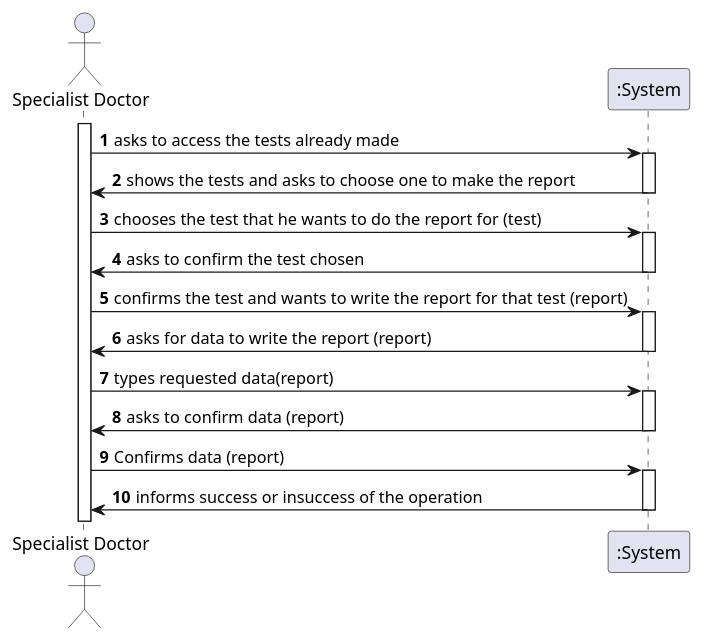
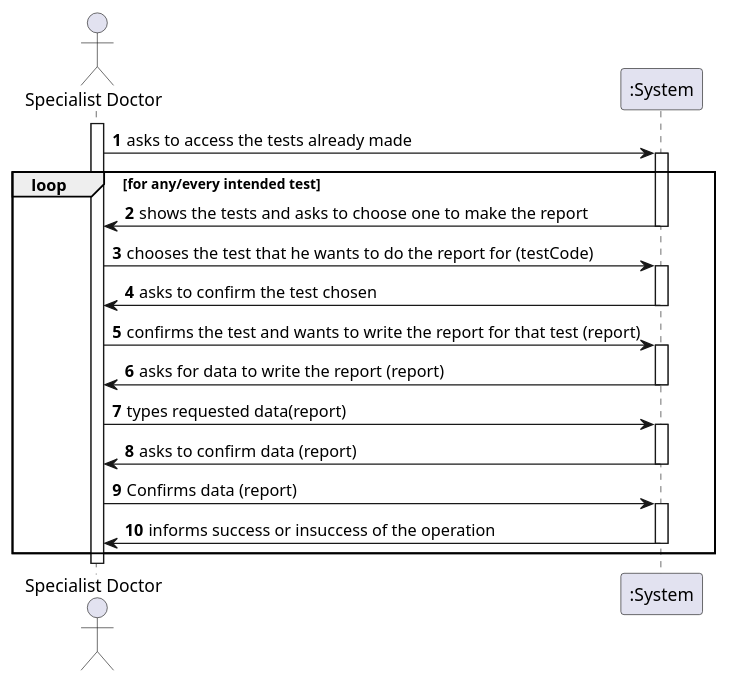
Before and after one commit to jsmarques98/LAPR2-ISEP: the diagram in docs/SprintC/US14/US14_SSD.puml, drawn with PlantUML. The commit also changed 32 other files, not shown here.

```diff
--- a/docs/SprintC/US14/US14_SSD.puml
+++ b/docs/SprintC/US14/US14_SSD.puml
@@ -1,40 +1,42 @@
 @startuml
 'https://plantuml.com/sequence-diagram
 
 autonumber
 
 actor  "Specialist Doctor" as Spec
 
 participant ":System" as System
 
 activate Spec
 Spec -> System: asks to access the tests already made
 
+loop for any/every intended test
 activate System
 System -> Spec: shows the tests and asks to choose one to make the report
 deactivate System
 
-Spec -> System: chooses the test that he wants to do the report for (test)
+Spec -> System: chooses the test that he wants to do the report for (testCode)
 
 activate System
 System -> Spec: asks to confirm the test chosen
 deactivate System
 
 Spec -> System: confirms the test and wants to write the report for that test (report)
 
 activate System
 System -> Spec: asks for data to write the report (report)
 deactivate System
 
 Spec -> System: types requested data(report)
 
 activate System
 System -> Spec: asks to confirm data (report)
 deactivate System
 
 Spec -> System: Confirms data (report)
 
 activate System
 System -> Spec: informs success or insuccess of the operation
 deactivate System
+end
 @enduml
```
